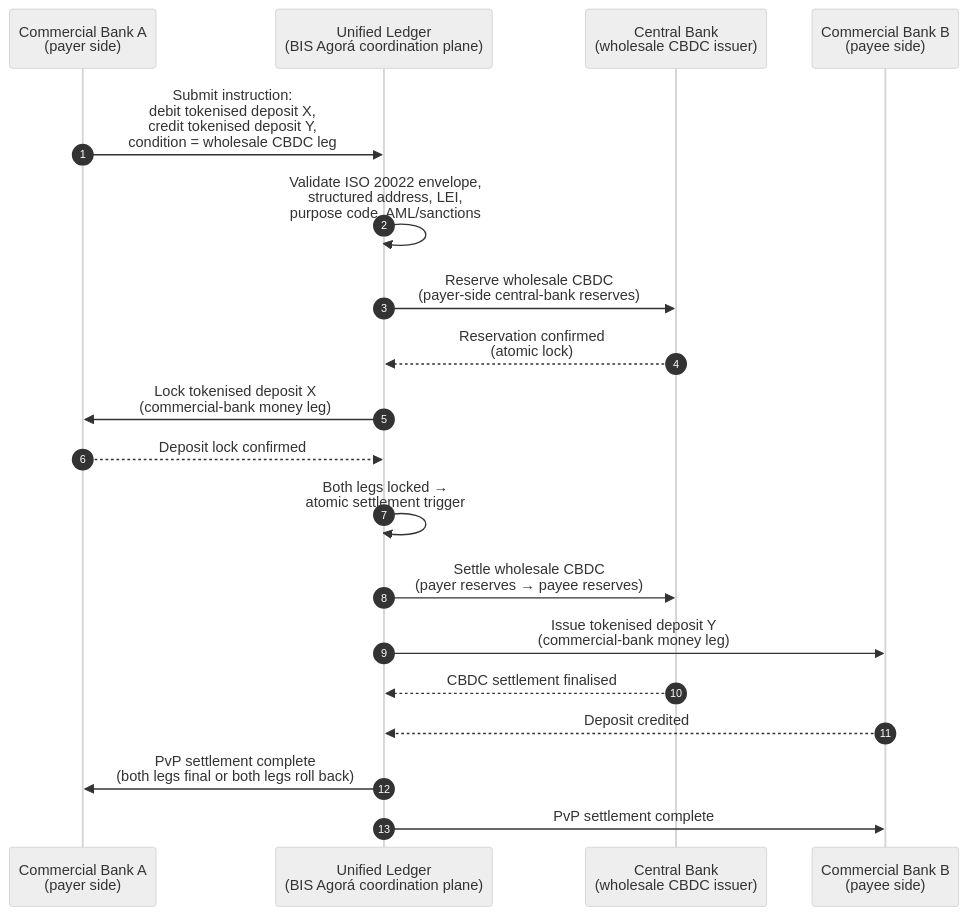
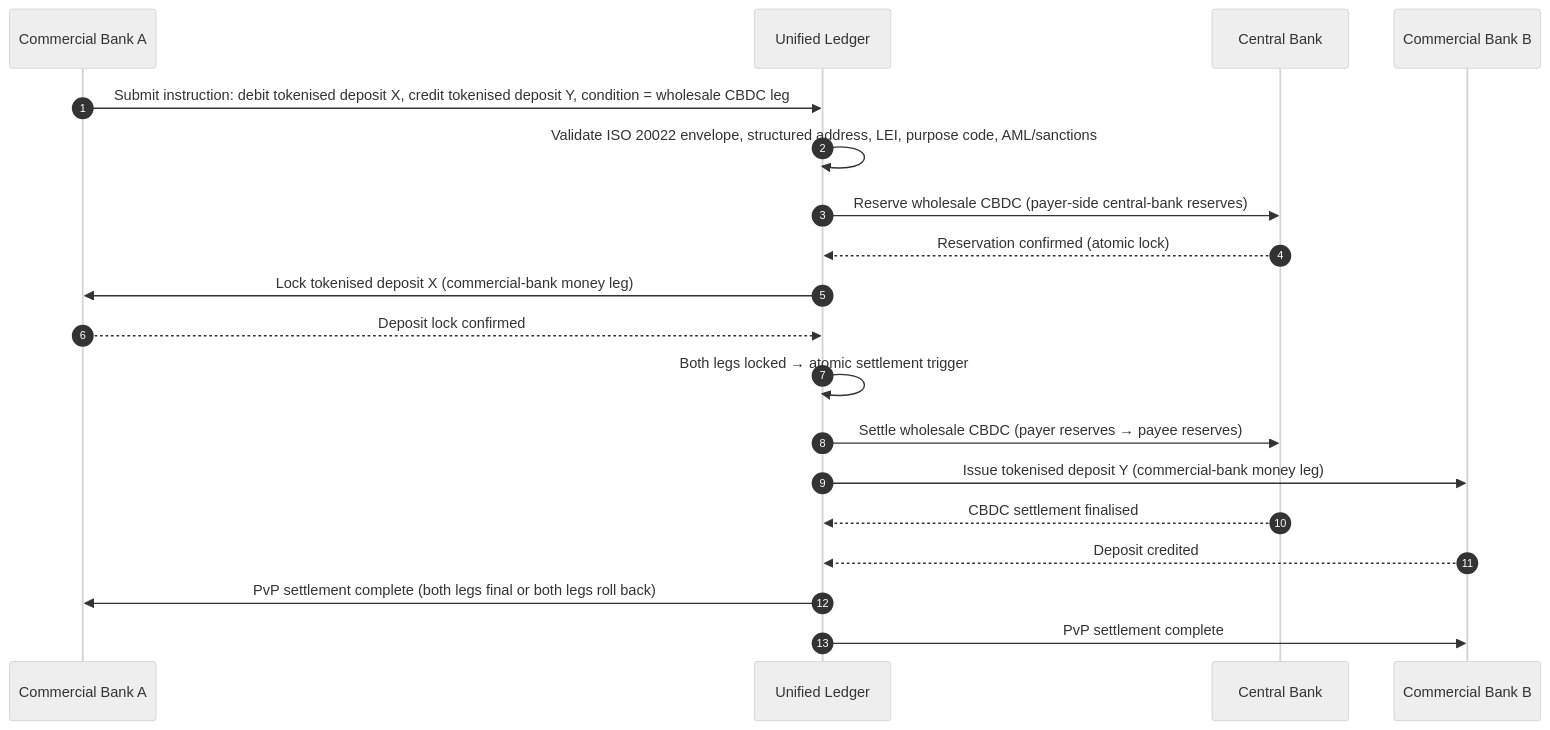
The diagram in _posts/2026-06-06-wholesale-payments-index-iso20022-tokenised-deposits-cross-border-2026.md (sebastienrousseau/sebastienrousseau.github.io), drawn with Mermaid (neutral theme) before and after one commit. The commit also changed 2231 other files, not shown here.

First line of the commit message:
fix(mermaid): unblock Mermaid v10 rendering end-to-end (#198)

````diff
--- a/_posts/2026-06-06-wholesale-payments-index-iso20022-tokenised-deposits-cross-border-2026.md
+++ b/_posts/2026-06-06-wholesale-payments-index-iso20022-tokenised-deposits-cross-border-2026.md
@@ -186,22 +186,21 @@
 ```mermaid
 sequenceDiagram
     autonumber
-    participant CB_A as Commercial Bank A<br/>(payer side)
-    participant UL as Unified Ledger<br/>(BIS Agorá coordination plane)
-    participant CBNK as Central Bank<br/>(wholesale CBDC issuer)
-    participant CB_B as Commercial Bank B<br/>(payee side)
-
-    CB_A->>UL: Submit instruction:<br/>debit tokenised deposit X,<br/>credit tokenised deposit Y,<br/>condition = wholesale CBDC leg
-    UL->>UL: Validate ISO 20022 envelope,<br/>structured address, LEI,<br/>purpose code, AML/sanctions
-    UL->>CBNK: Reserve wholesale CBDC<br/>(payer-side central-bank reserves)
-    CBNK-->>UL: Reservation confirmed<br/>(atomic lock)
-    UL->>CB_A: Lock tokenised deposit X<br/>(commercial-bank money leg)
+    participant CB_A as Commercial Bank A
+    participant UL as Unified Ledger
+    participant CBNK as Central Bank
+    participant CB_B as Commercial Bank B
+    CB_A->>UL: Submit instruction: debit tokenised deposit X, credit tokenised deposit Y, condition = wholesale CBDC leg
+    UL->>UL: Validate ISO 20022 envelope, structured address, LEI, purpose code, AML/sanctions
+    UL->>CBNK: Reserve wholesale CBDC (payer-side central-bank reserves)
+    CBNK-->>UL: Reservation confirmed (atomic lock)
+    UL->>CB_A: Lock tokenised deposit X (commercial-bank money leg)
     CB_A-->>UL: Deposit lock confirmed
-    UL->>UL: Both legs locked →<br/>atomic settlement trigger
-    UL->>CBNK: Settle wholesale CBDC<br/>(payer reserves → payee reserves)
-    UL->>CB_B: Issue tokenised deposit Y<br/>(commercial-bank money leg)
+    UL->>UL: Both legs locked → atomic settlement trigger
+    UL->>CBNK: Settle wholesale CBDC (payer reserves → payee reserves)
+    UL->>CB_B: Issue tokenised deposit Y (commercial-bank money leg)
     CBNK-->>UL: CBDC settlement finalised
     CB_B-->>UL: Deposit credited
-    UL->>CB_A: PvP settlement complete<br/>(both legs final or both legs roll back)
+    UL->>CB_A: PvP settlement complete (both legs final or both legs roll back)
     UL->>CB_B: PvP settlement complete
 ```
````
